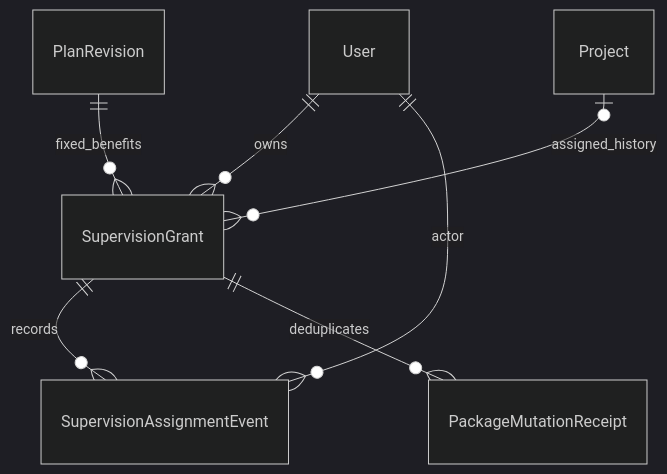
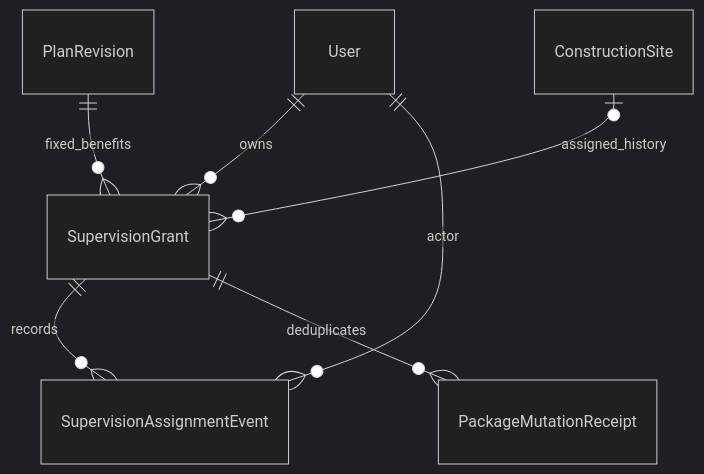
One commit to TaskCoper/bmt-documentation changed the fifth of 5 diagrams in tdd/TDD-SUB-004.md. Above: the diagram before and after it, drawn with Mermaid (dark theme). The commit also changed other lines of this file and 19 other files, not shown here.

````diff
--- a/tdd/TDD-SUB-004.md
+++ b/tdd/TDD-SUB-004.md
@@ -222,9 +230,9 @@
 ```mermaid
 erDiagram
     User ||--o{ SupervisionGrant : owns
     PlanRevision ||--o{ SupervisionGrant : fixed_benefits
-    Project o|--o{ SupervisionGrant : assigned_history
+    ConstructionSite o|--o{ SupervisionGrant : assigned_history
     SupervisionGrant ||--o{ SupervisionAssignmentEvent : records
     User ||--o{ SupervisionAssignmentEvent : actor
     SupervisionGrant ||--o{ PackageMutationReceipt : deduplicates
 ```
````
